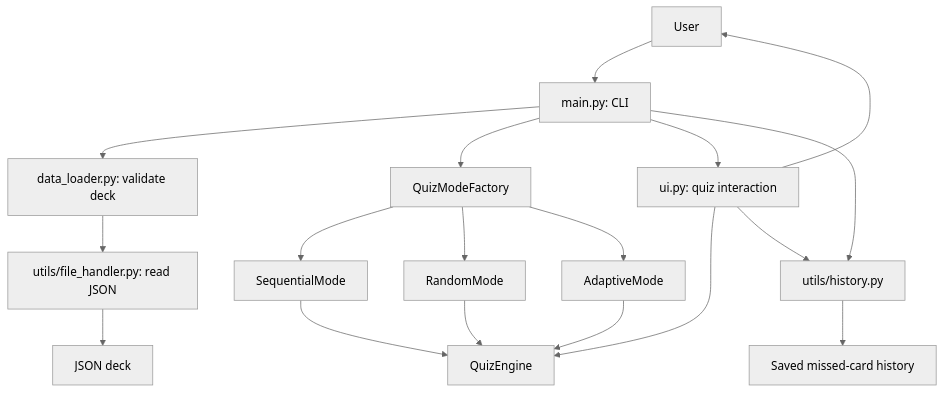
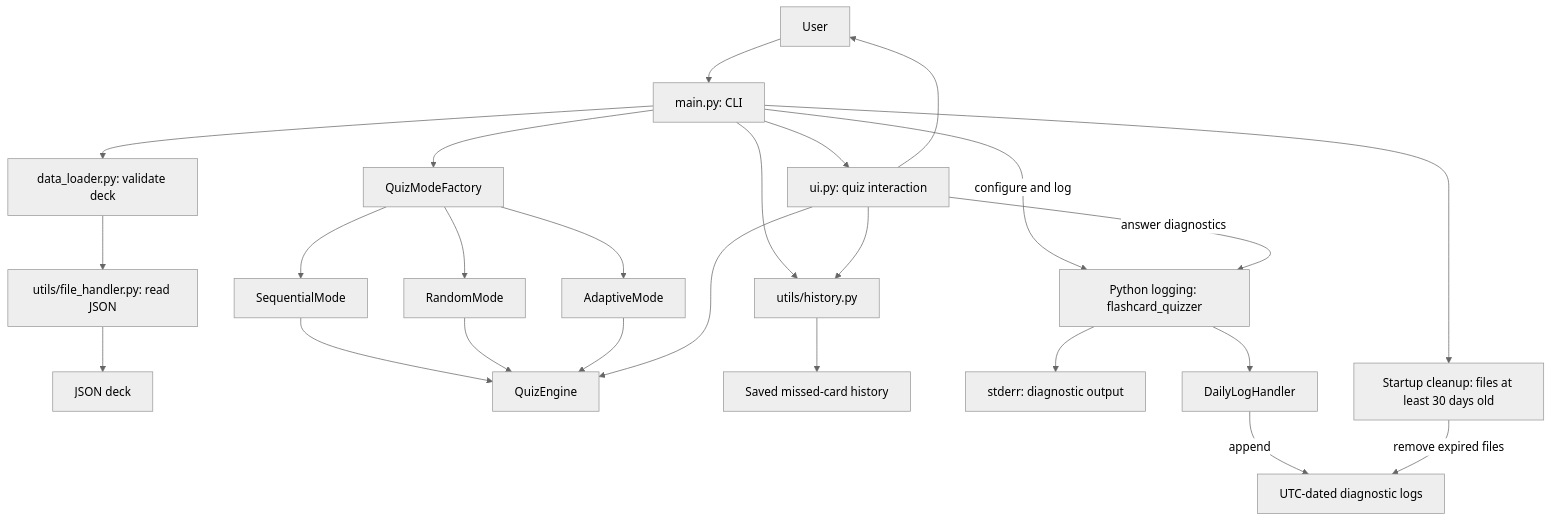
Before and after one commit to pgroven/cd14602-project-starter: the diagram in project/starter/README.md, drawn with Mermaid (neutral theme). The commit also changed other lines of this file and 15 other files, not shown here.

````diff
--- a/project/starter/README.md
+++ b/project/starter/README.md
@@ -42,20 +58,27 @@
 ```mermaid
 flowchart TD
     User["User"] --> CLI["main.py: CLI"]
     CLI --> Loader["data_loader.py: validate deck"]
     Loader --> FileHandler["utils/file_handler.py: read JSON"]
     FileHandler --> Deck["JSON deck"]
     CLI --> Factory["QuizModeFactory"]
     Factory --> Sequential["SequentialMode"]
     Factory --> Random["RandomMode"]
     Factory --> Adaptive["AdaptiveMode"]
     Sequential --> Engine["QuizEngine"]
     Random --> Engine
     Adaptive --> Engine
     CLI --> UI["ui.py: quiz interaction"]
     UI --> Engine
     CLI --> History["utils/history.py"]
     UI --> History
     History --> Store["Saved missed-card history"]
     UI --> User
+    CLI -->|configure and log| Logger["Python logging: flashcard_quizzer"]
+    UI -->|answer diagnostics| Logger
+    Logger --> Stderr["stderr: diagnostic output"]
+    Logger --> Handler["DailyLogHandler"]
+    Handler -->|append| Logs["UTC-dated diagnostic logs"]
+    CLI --> Cleanup["Startup cleanup: files at least 30 days old"]
+    Cleanup -->|remove expired files| Logs
 ```
````
